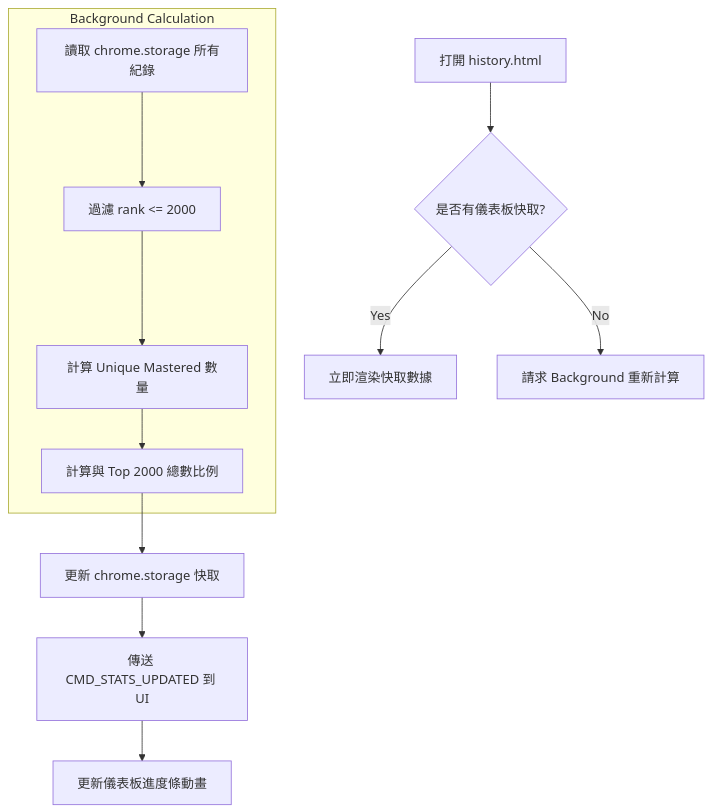
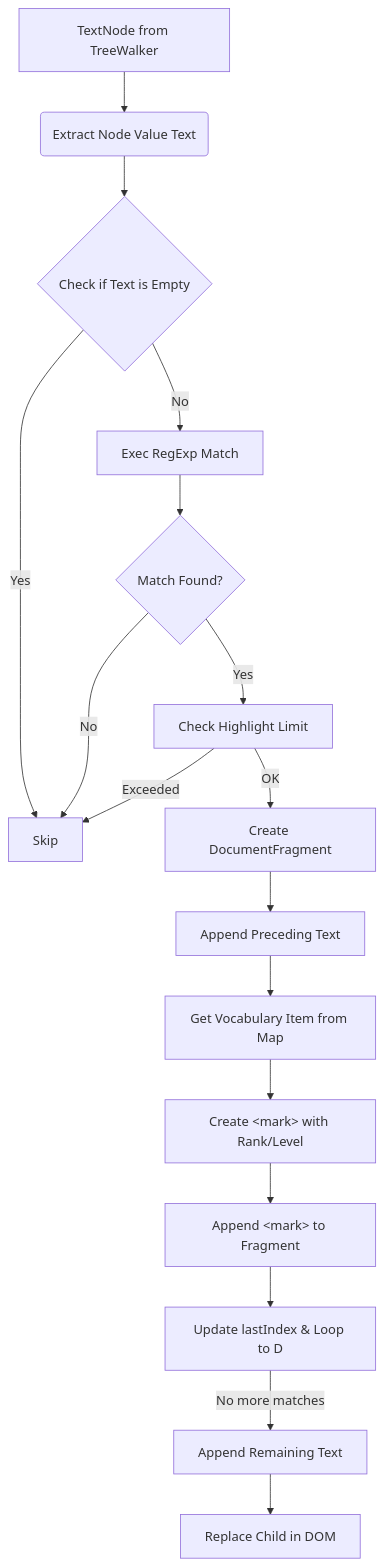
Before and after one commit to kylecheng3146/highlighting-translate: the first of 2 diagrams in .shared/05-flow-diagrams.md, drawn with Mermaid. The commit also changed other lines of this file and 11 other files, not shown here.

````diff
--- a/.shared/05-flow-diagrams.md
+++ b/.shared/05-flow-diagrams.md
@@ -35,16 +12,19 @@
 ```mermaid
-graph TD
-    A[打開 history.html] --> B{是否有儀表板快取?}
-    B -- Yes --> C[立即渲染快取數據]
-    B -- No --> D[請求 Background 重新計算]
-    
-    subgraph Background Calculation
-        D1[讀取 chrome.storage 所有紀錄] --> D2[過濾 rank <= 2000]
-        D2 --> D3[計算 Unique Mastered 數量]
-        D3 --> D4[計算與 Top 2000 總數比例]
-    end
-    
-    D4 --> E[更新 chrome.storage 快取]
-    E --> F[傳送 CMD_STATS_UPDATED 到 UI]
-    F --> G[更新儀表板進度條動畫]
+flowchart TD
+    A[TextNode from TreeWalker] --> B(Extract Node Value Text)
+    B --> C{Check if Text is Empty}
+    C -- Yes --> Z[Skip]
+    C -- No --> D[Exec RegExp Match]
+    D --> E{Match Found?}
+    E -- No --> Z
+    E -- Yes --> F[Check Highlight Limit]
+    F -- Exceeded --> Z
+    F -- OK --> G[Create DocumentFragment]
+    G --> H[Append Preceding Text]
+    H --> I[Get Vocabulary Item from Map]
+    I --> J[Create &lt;mark&gt; with Rank/Level]
+    J --> K[Append &lt;mark&gt; to Fragment]
+    K --> L[Update lastIndex & Loop to D]
+    L -- "No more matches" --> M[Append Remaining Text]
+    M --> N[Replace Child in DOM]
 ```
````
